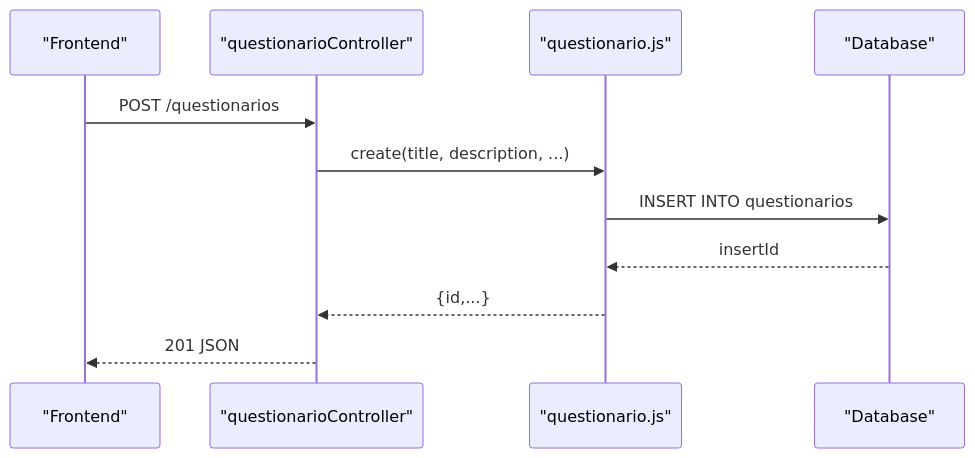
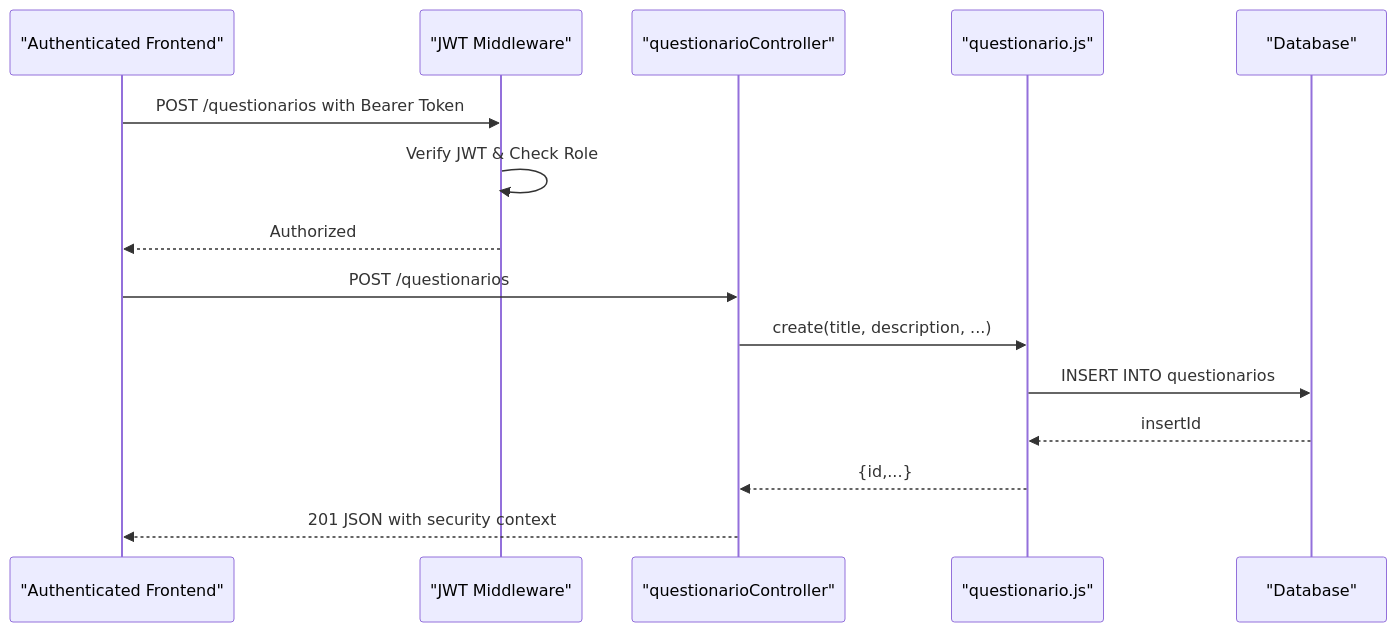
The sixth of 9 diagrams in .qoder/repowiki/en/content/Core Features Implementation/Questionnaire & Assessment System.md (luiseduacosta/nodemural), drawn with Mermaid before and after one commit. The commit also changed other lines of this file and 30 other files, not shown here.

Commit message:
Update tables schema.

````diff
--- a/.qoder/repowiki/en/content/Core Features Implementation/Questionnaire & Assessment System.md
+++ b/.qoder/repowiki/en/content/Core Features Implementation/Questionnaire & Assessment System.md
@@ -270,13 +271,17 @@
 ```mermaid
 sequenceDiagram
-participant FE as "Frontend"
+participant FE as "Authenticated Frontend"
+participant SEC as "JWT Middleware"
 participant CQ as "questionarioController"
 participant MQ as "questionario.js"
 participant DB as "Database"
+FE->>SEC : POST /questionarios with Bearer Token
+SEC->>SEC : Verify JWT & Check Role
+SEC-->>FE : Authorized
 FE->>CQ : POST /questionarios
 CQ->>MQ : create(title, description, ...)
 MQ->>DB : INSERT INTO questionarios
 DB-->>MQ : insertId
 MQ-->>CQ : {id,...}
-CQ-->>FE : 201 JSON
+CQ-->>FE : 201 JSON with security context
 ```
````
